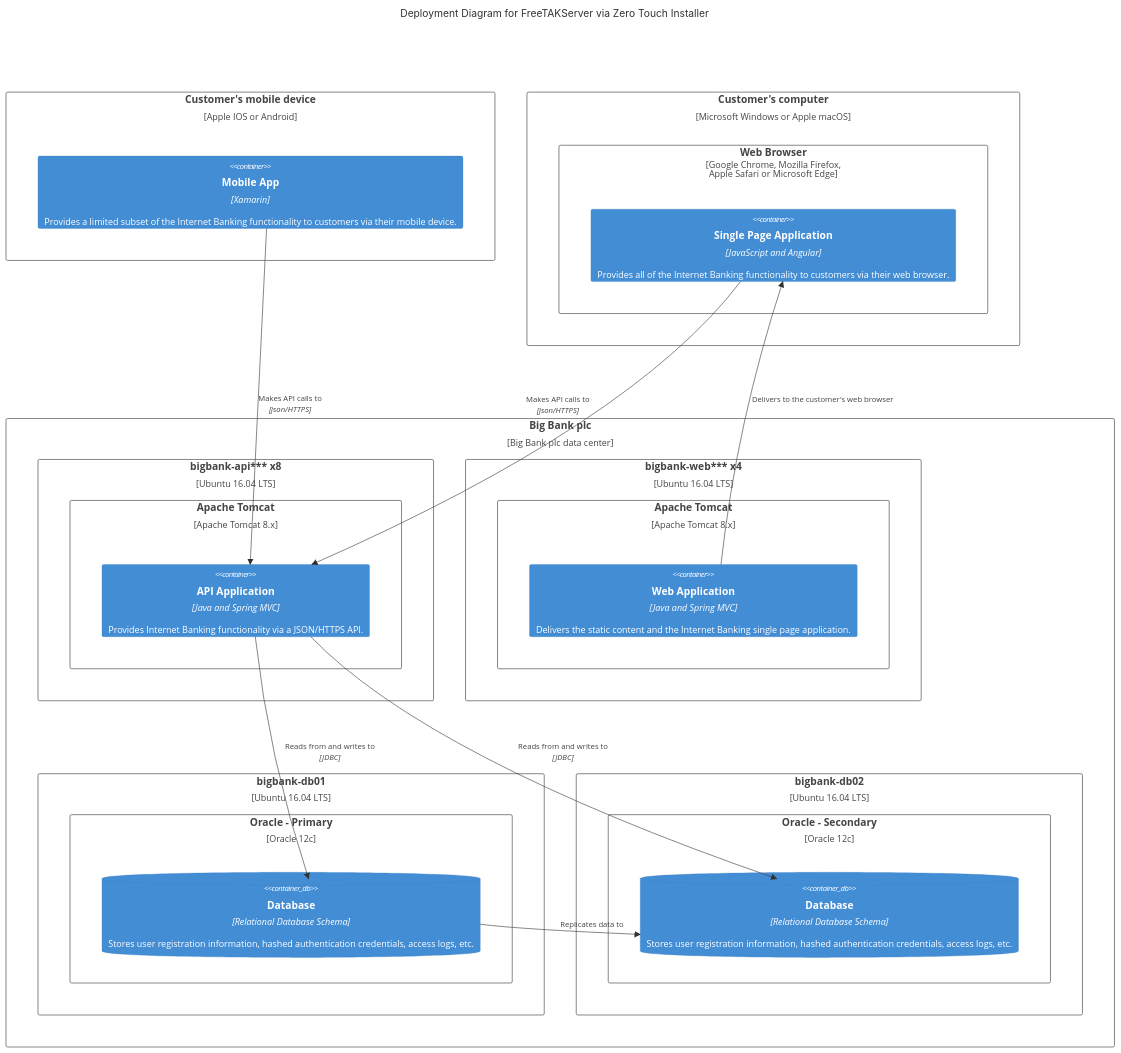
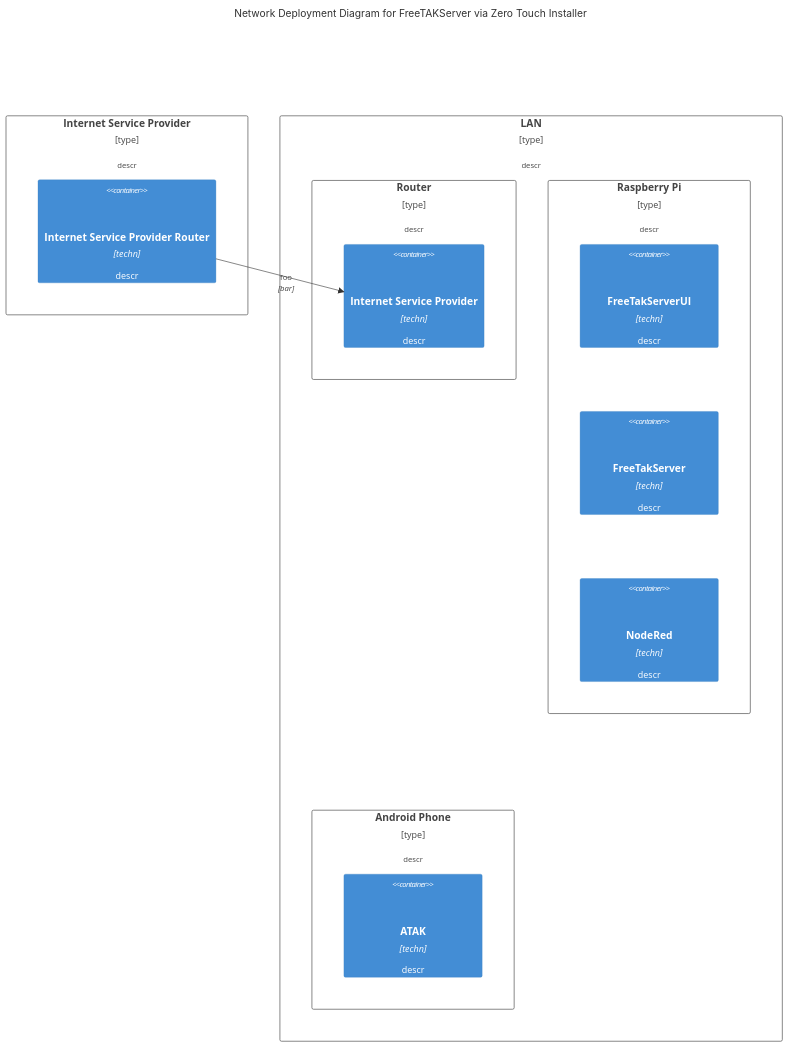
One commit to FreeTAKTeam/FreeTAKServer-User-Docs changed the diagram in docs/Installation/InfrastructurePlanning.md. Above: the diagram before and after it, drawn with Mermaid. The commit also changed other lines of this file, not shown here.

Commit message:
improved the InfrastructurePlanning.md by adding mermaid2 network deployment diagram

````diff
--- a/docs/Installation/InfrastructurePlanning.md
+++ b/docs/Installation/InfrastructurePlanning.md
@@ -122,51 +124,24 @@
 ```mermaid
 C4Deployment
-title Deployment Diagram for FreeTAKServer via Zero Touch Installer
+title Network Deployment Diagram for FreeTAKServer via Zero Touch Installer
 
-Deployment_Node(mob, "Customer's mobile device", "Apple IOS or Android"){
-  Container(mobile, "Mobile App", "Xamarin", "Provides a limited subset of the Internet Banking functionality to customers via their mobile device.")
+Node(isp, "Internet Service Provider", "type", "descr", "sprite", "tags", "link") {
+  Container(ispr, "Internet Service Provider Router", "techn", "descr", "sprite", "tags", "link", "base shape")
 }
 
-Deployment_Node(comp, "Customer's computer", "Microsoft Windows or Apple macOS"){
-  Deployment_Node(browser, "Web Browser", "Google Chrome, Mozilla Firefox,<br/> Apple Safari or Microsoft Edge"){
-      Container(spa, "Single Page Application", "JavaScript and Angular", "Provides all of the Internet Banking functionality to customers via their web browser.")
-  }
+Node(lan, "LAN", "type", "descr", "sprite", "tags", "link") {
+    Node(router, "Router", "type", "descr", "sprite", "tags", "link") {
+        Container(pfs, "Internet Service Provider", "techn", "descr", "sprite", "tags", "link", "base shape")
+    }
+    Node(rpi1, "Raspberry Pi", "type", "descr", "sprite", "tags", "link") {
+        Container(ftsui, "FreeTakServerUI", "techn", "descr", "sprite", "tags", "link", "base shape")
+        Container(fts, "FreeTakServer", "techn", "descr", "sprite", "tags", "link", "base shape")
+        Container(nodered, "NodeRed", "techn", "descr", "sprite", "tags", "link", "base shape")
+    }
+    Node(android, "Android Phone", "type", "descr", "sprite", "tags", "link") {
+        Container(atak, "ATAK", "techn", "descr", "sprite", "tags", "link", "base shape")
+    }
 }
 
-Deployment_Node(plc, "Big Bank plc", "Big Bank plc data center"){
-  Deployment_Node(dn, "bigbank-api*** x8", "Ubuntu 16.04 LTS"){
-      Deployment_Node(apache, "Apache Tomcat", "Apache Tomcat 8.x"){
-          Container(api, "API Application", "Java and Spring MVC", "Provides Internet Banking functionality via a JSON/HTTPS API.")
-      }
-  }
-  Deployment_Node(bb2, "bigbank-web*** x4", "Ubuntu 16.04 LTS"){
-      Deployment_Node(apache2, "Apache Tomcat", "Apache Tomcat 8.x"){
-          Container(web, "Web Application", "Java and Spring MVC", "Delivers the static content and the Internet Banking single page application.")
-      }
-  }
-  Deployment_Node(bigbankdb01, "bigbank-db01", "Ubuntu 16.04 LTS"){
-      Deployment_Node(oracle, "Oracle - Primary", "Oracle 12c"){
-          ContainerDb(db, "Database", "Relational Database Schema", "Stores user registration information, hashed authentication credentials, access logs, etc.")
-      }
-  }
-  Deployment_Node(bigbankdb02, "bigbank-db02", "Ubuntu 16.04 LTS") {
-      Deployment_Node(oracle2, "Oracle - Secondary", "Oracle 12c") {
-          ContainerDb(db2, "Database", "Relational Database Schema", "Stores user registration information, hashed authentication credentials, access logs, etc.")
-      }
-  }
-}
-
-Rel(mobile, api, "Makes API calls to", "json/HTTPS")
-Rel(spa, api, "Makes API calls to", "json/HTTPS")
-Rel_U(web, spa, "Delivers to the customer's web browser")
-Rel(api, db, "Reads from and writes to", "JDBC")
-Rel(api, db2, "Reads from and writes to", "JDBC")
-Rel_R(db, db2, "Replicates data to")
-
-UpdateRelStyle(spa, api, $offsetY="-40")
-UpdateRelStyle(web, spa, $offsetY="-40")
-UpdateRelStyle(api, db, $offsetY="-20", $offsetX="5")
-UpdateRelStyle(api, db2, $offsetX="-40", $offsetY="-20")
-UpdateRelStyle(db, db2, $offsetY="-10")
-
+Rel(ispr, pfs, "foo", "bar")
 ```
````
